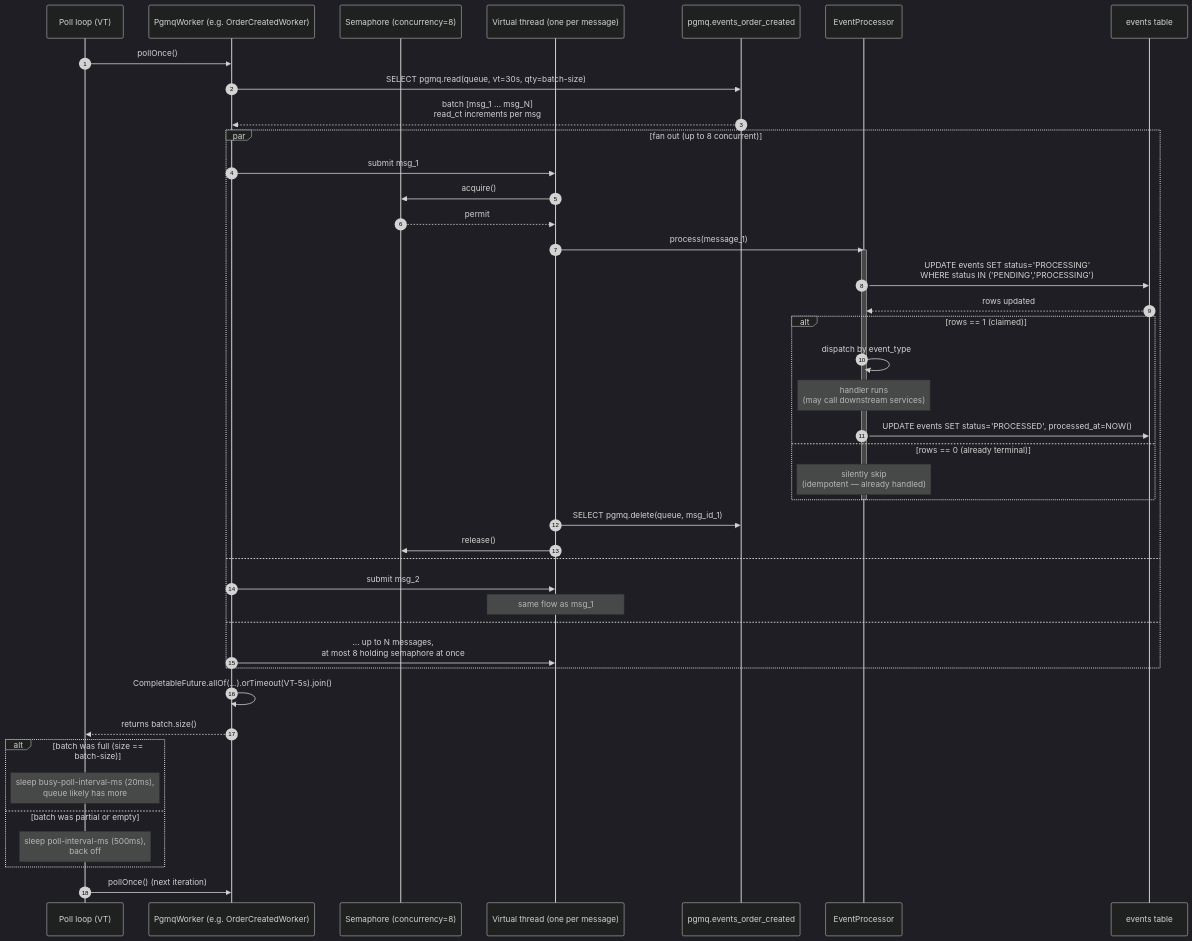
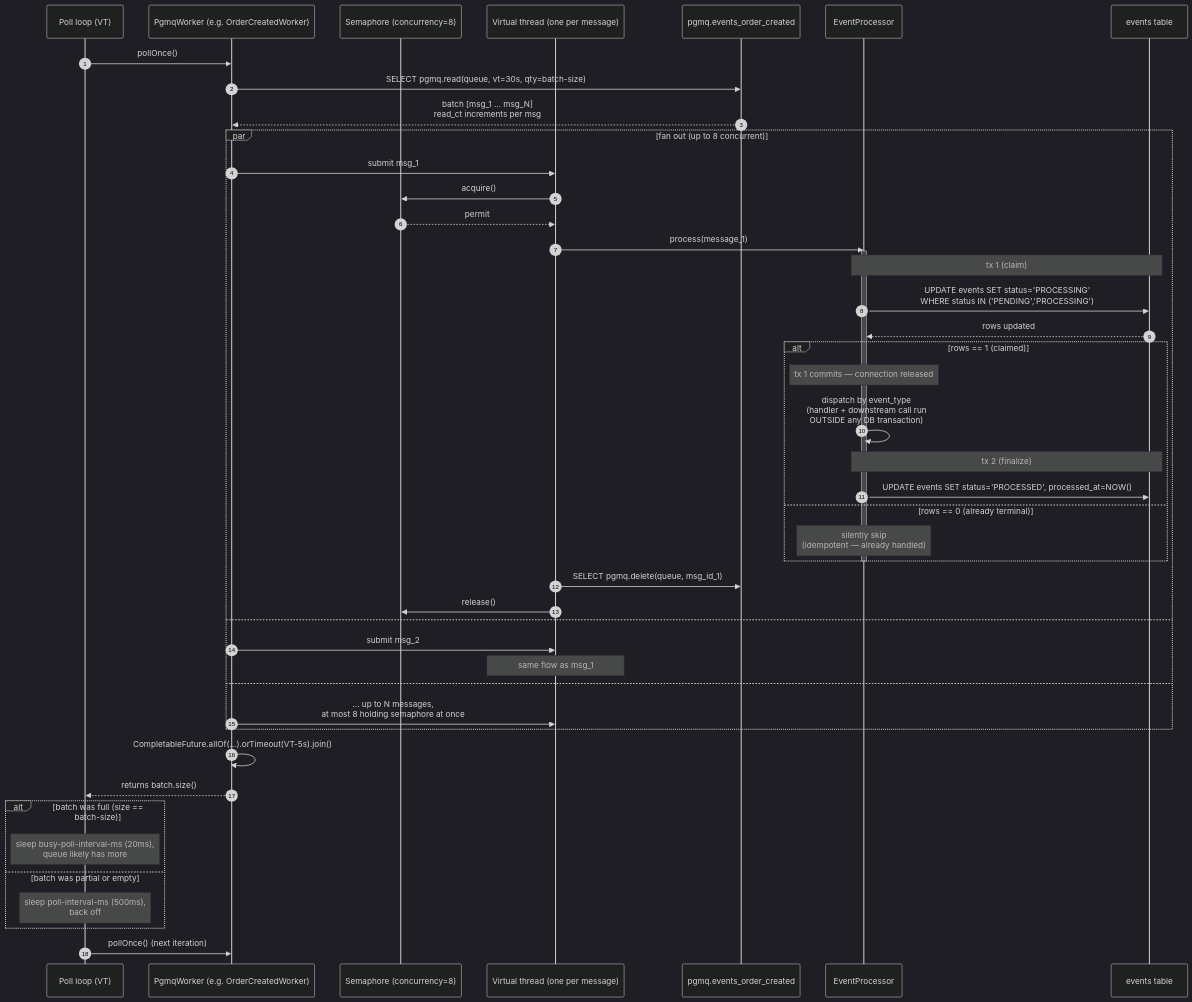
One commit to sergen116/partner-event-gateway-modular changed the first of 2 diagrams in docs/diagrams/04-consume-sequence.md. Above: the diagram before and after it, drawn with Mermaid (dark theme). The commit also changed other lines of this file and 5 other files, not shown here.

````diff
--- a/docs/diagrams/04-consume-sequence.md
+++ b/docs/diagrams/04-consume-sequence.md
@@ -7,49 +7,51 @@
 ```mermaid
 sequenceDiagram
     autonumber
     participant PL as Poll loop (VT)
     participant W as PgmqWorker (e.g. OrderCreatedWorker)
     participant Sem as Semaphore (concurrency=8)
     participant VT as Virtual thread (one per message)
     participant PGMQ as pgmq.events_order_created
     participant EP as EventProcessor
     participant DB as events table
 
     PL->>W: pollOnce()
     W->>PGMQ: SELECT pgmq.read(queue, vt=30s, qty=batch-size)
     PGMQ-->>W: batch [msg_1 ... msg_N]<br/>read_ct increments per msg
 
     par fan out (up to 8 concurrent)
         W->>VT: submit msg_1
         VT->>Sem: acquire()
         Sem-->>VT: permit
         VT->>EP: process(message_1)
         activate EP
+        Note over EP,DB: tx 1 (claim)
         EP->>DB: UPDATE events SET status='PROCESSING'<br/>WHERE status IN ('PENDING','PROCESSING')
         DB-->>EP: rows updated
         alt rows == 1 (claimed)
-            EP->>EP: dispatch by event_type
-            Note over EP: handler runs<br/>(may call downstream services)
+            Note over EP: tx 1 commits — connection released
+            EP->>EP: dispatch by event_type<br/>(handler + downstream call run<br/>OUTSIDE any DB transaction)
+            Note over EP,DB: tx 2 (finalize)
             EP->>DB: UPDATE events SET status='PROCESSED', processed_at=NOW()
         else rows == 0 (already terminal)
             Note over EP: silently skip<br/>(idempotent — already handled)
         end
         deactivate EP
         VT->>PGMQ: SELECT pgmq.delete(queue, msg_id_1)
         VT->>Sem: release()
     and
         W->>VT: submit msg_2
         Note over VT: same flow as msg_1
     and
         W->>VT: ... up to N messages,<br/>at most 8 holding semaphore at once
     end
 
     W->>W: CompletableFuture.allOf(...).orTimeout(VT-5s).join()
     W-->>PL: returns batch.size()
     alt batch was full (size == batch-size)
         Note over PL: sleep busy-poll-interval-ms (20ms),<br/>queue likely has more
     else batch was partial or empty
         Note over PL: sleep poll-interval-ms (500ms),<br/>back off
     end
     PL->>W: pollOnce()  (next iteration)
 ```
````
